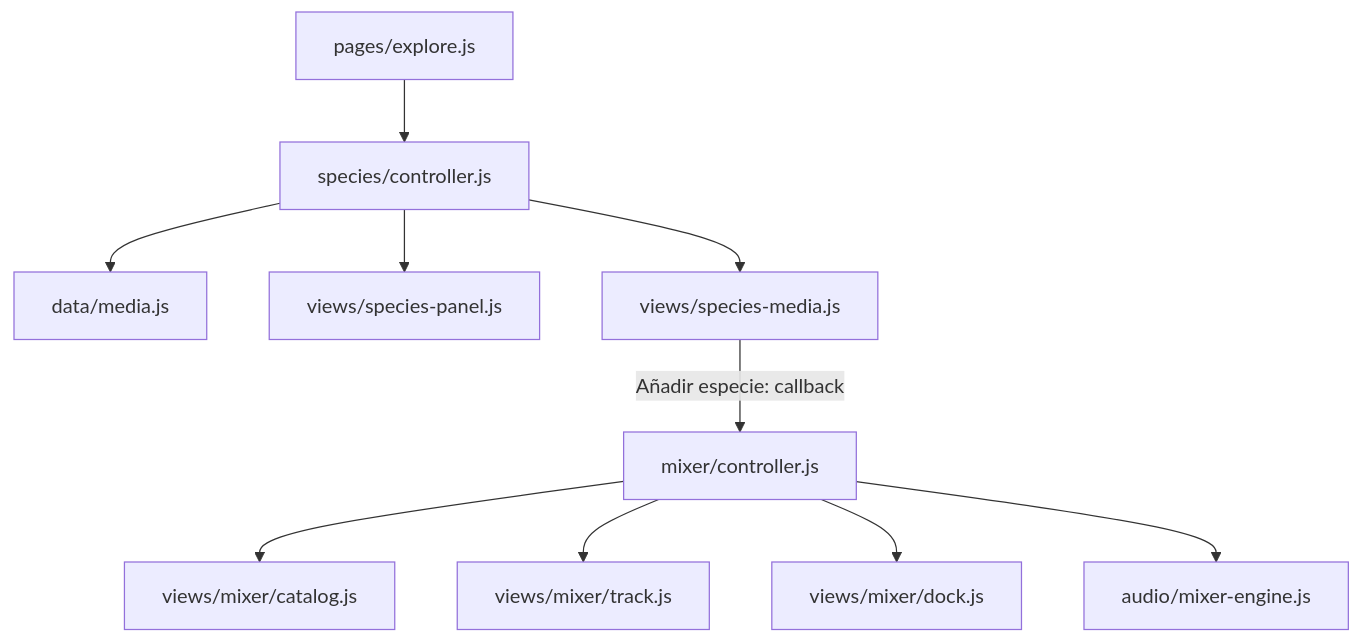
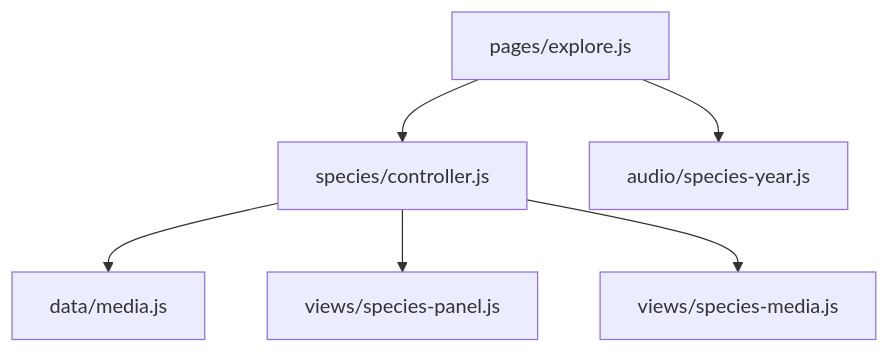
The second of 2 diagrams in docs/ARQUITECTURA.md (canija2000/infovis_2026-2), drawn with Mermaid before and after one commit. The commit also changed other lines of this file and 31 other files, not shown here.

````diff
--- a/docs/ARQUITECTURA.md
+++ b/docs/ARQUITECTURA.md
@@ -207,12 +209,8 @@
 ```mermaid
 flowchart TD
     P[pages/explore.js] --> S[species/controller.js]
     S --> R[data/media.js]
     S --> F[views/species-panel.js]
     S --> G[views/species-media.js]
-    G -->|Añadir especie: callback| M[mixer/controller.js]
-    M --> C[views/mixer/catalog.js]
-    M --> T[views/mixer/track.js]
-    M --> D[views/mixer/dock.js]
-    M --> E[audio/mixer-engine.js]
+    P --> Y[audio/species-year.js]
 ```
````
